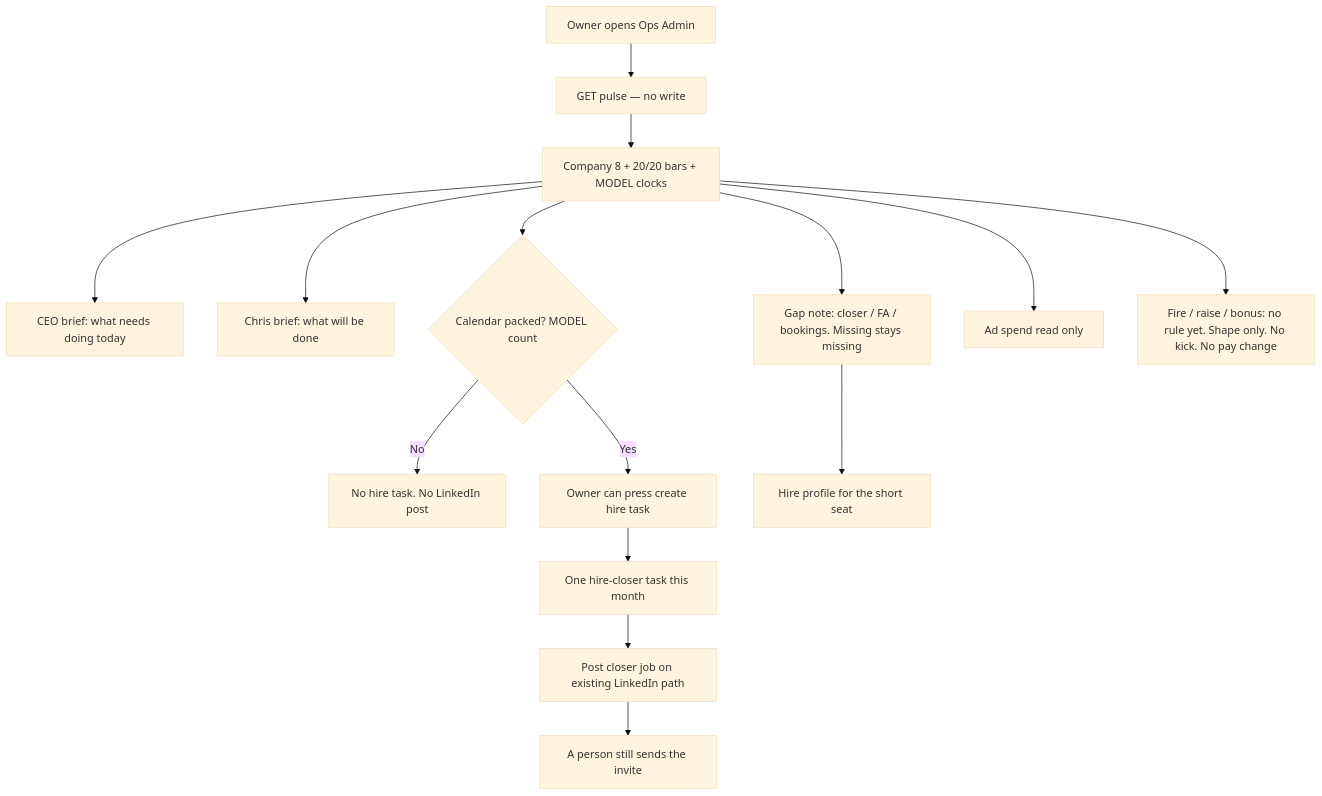
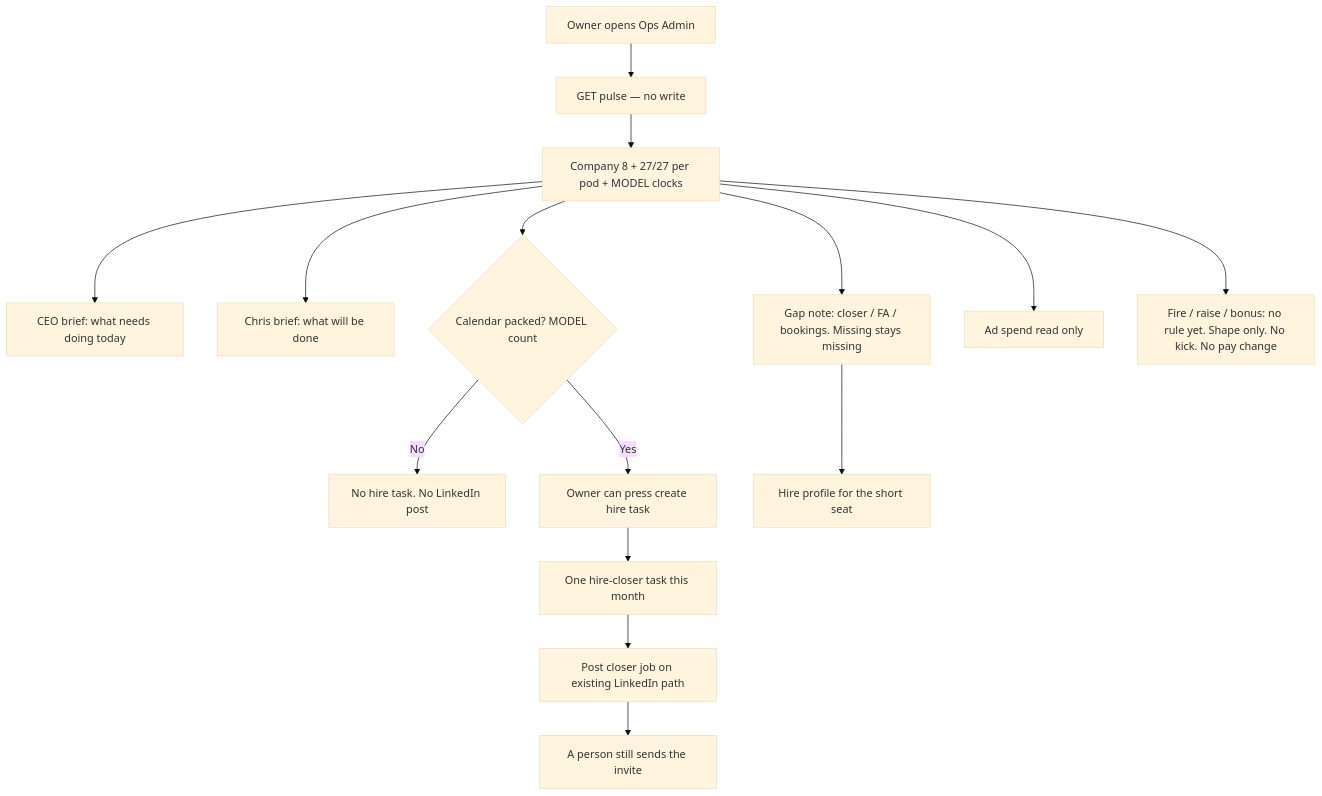
One commit to ZootimusMaximusSupreme/Fundhub_ai changed the diagram in docs/journeys/ops-pulse-intended.md. Above: the diagram before and after it, drawn with Mermaid (base theme). The commit also changed other lines of this file and 24 other files, not shown here.

````diff
--- a/docs/journeys/ops-pulse-intended.md
+++ b/docs/journeys/ops-pulse-intended.md
@@ -9,17 +9,17 @@
 ```mermaid
 flowchart TD
     OPEN[Owner opens Ops Admin] --> READ[GET pulse — no write]
-    READ --> NUMS[Company 8 + 20/20 bars + MODEL clocks]
+    READ --> NUMS[Company 8 + 27/27 per pod + MODEL clocks]
     NUMS --> CEO[CEO brief: what needs doing today]
     NUMS --> CHRIS[Chris brief: what will be done]
     NUMS --> PACKED{Calendar packed? MODEL count}
     PACKED -->|No| WAIT[No hire task. No LinkedIn post]
     PACKED -->|Yes| ASK[Owner can press create hire task]
     ASK --> TASK[One hire-closer task this month]
     TASK --> LI[Post closer job on existing LinkedIn path]
     LI --> INVITE[A person still sends the invite]
     NUMS --> GAPS[Gap note: closer / FA / bookings. Missing stays missing]
     GAPS --> PROFILE[Hire profile for the short seat]
     NUMS --> ADS[Ad spend read only]
     NUMS --> FIRE[Fire / raise / bonus: no rule yet. Shape only. No kick. No pay change]
 ```
````
